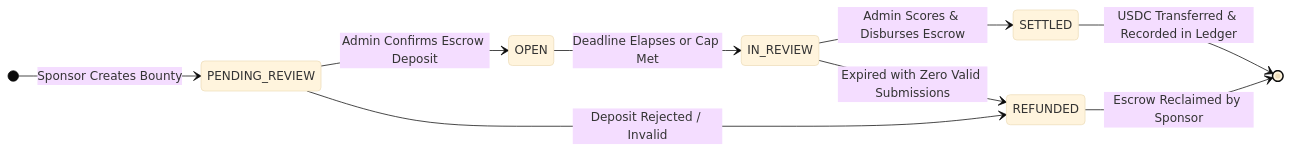
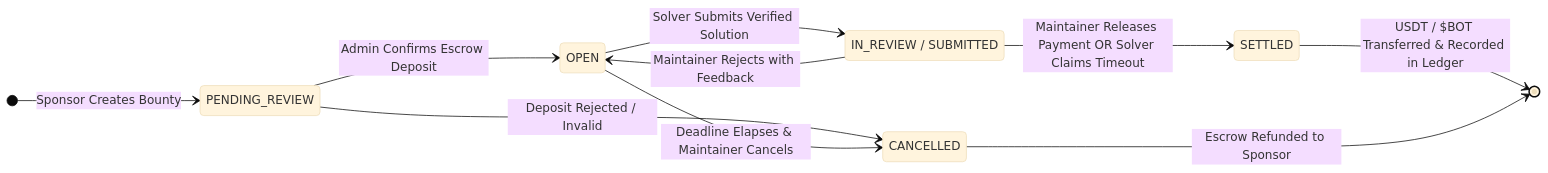
Before and after one commit to Blackwrld04/BOTBOUNTY: the second of 2 diagrams in README.md, drawn with Mermaid (base theme). The commit also changed other lines of this file and 4 other files, not shown here.

````diff
--- a/README.md
+++ b/README.md
@@ -128,18 +138,19 @@
 ```mermaid
 stateDiagram-v2
     direction LR
     state "PENDING_REVIEW" as Pending
     state "OPEN" as Open
-    state "IN_REVIEW" as InReview
+    state "IN_REVIEW / SUBMITTED" as InReview
     state "SETTLED" as Settled
-    state "REFUNDED" as Refunded
+    state "CANCELLED" as Cancelled
 
     [*] --> Pending: Sponsor Creates Bounty
     Pending --> Open: Admin Confirms Escrow Deposit
-    Pending --> Refunded: Deposit Rejected / Invalid
-    Open --> InReview: Deadline Elapses or Cap Met
-    InReview --> Settled: Admin Scores & Disburses Escrow
-    InReview --> Refunded: Expired with Zero Valid Submissions
-    Settled --> [*]: USDC Transferred & Recorded in Ledger
-    Refunded --> [*]: Escrow Reclaimed by Sponsor
+    Pending --> Cancelled: Deposit Rejected / Invalid
+    Open --> InReview: Solver Submits Verified Solution
+    InReview --> Open: Maintainer Rejects with Feedback
+    InReview --> Settled: Maintainer Releases Payment OR Solver Claims Timeout
+    Open --> Cancelled: Deadline Elapses & Maintainer Cancels
+    Settled --> [*]: USDT / $BOT Transferred & Recorded in Ledger
+    Cancelled --> [*]: Escrow Refunded to Sponsor
 ```
````
